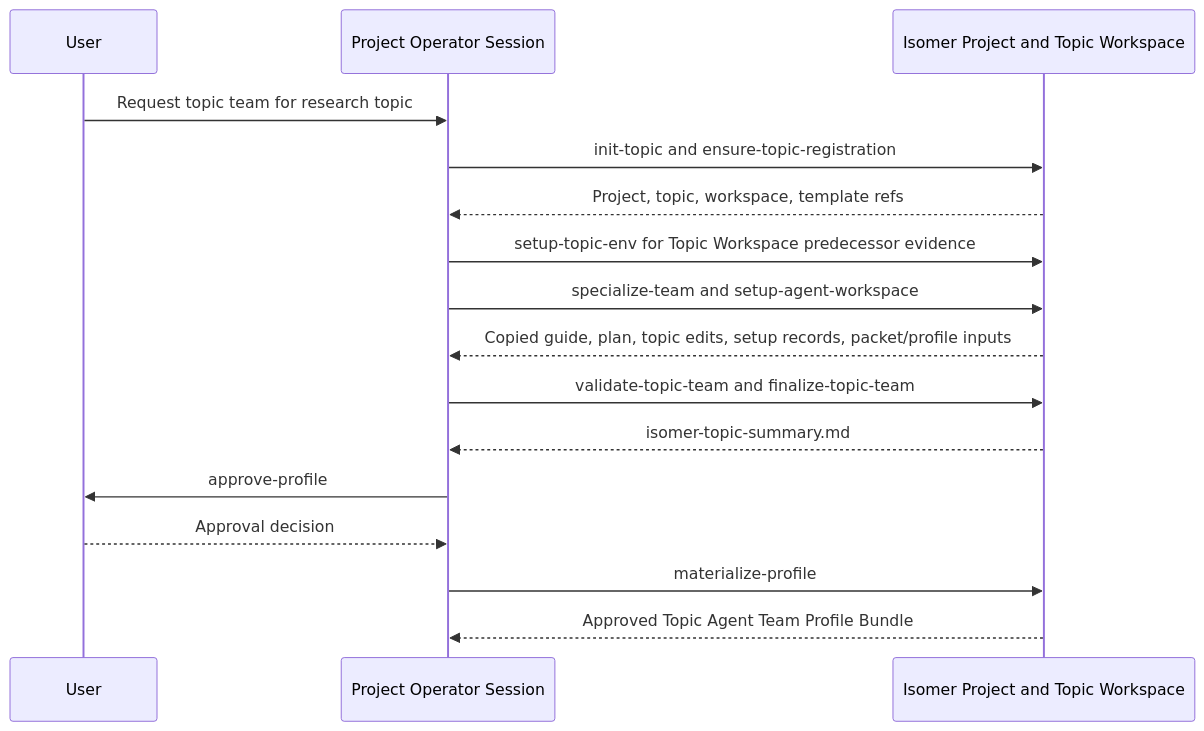
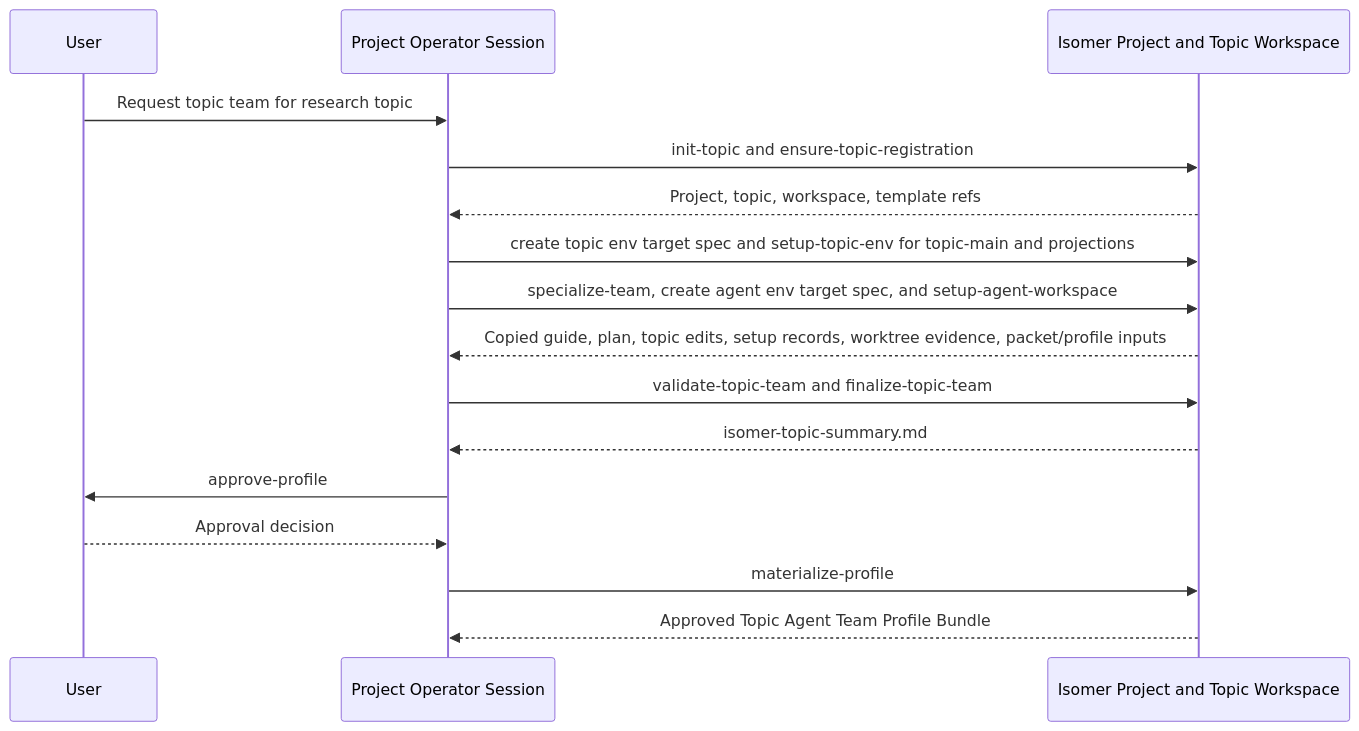
Before and after one commit to CodeGandee/isomer-labs: the first of 2 diagrams in skillset/operator/README.md, drawn with Mermaid. The commit also changed other lines of this file and 79 other files, not shown here.

Commit message:
feat: revise topic main workspace design

````diff
--- a/skillset/operator/README.md
+++ b/skillset/operator/README.md
@@ -41,19 +41,19 @@
 ```mermaid
 sequenceDiagram
     participant User
     participant Operator as Project Operator Session
     participant Store as Isomer Project and Topic Workspace
 
     User->>Operator: Request topic team for research topic
     Operator->>Store: init-topic and ensure-topic-registration
     Store-->>Operator: Project, topic, workspace, template refs
-    Operator->>Store: setup-topic-env for Topic Workspace predecessor evidence
-    Operator->>Store: specialize-team and setup-agent-workspace
-    Store-->>Operator: Copied guide, plan, topic edits, setup records, packet/profile inputs
+    Operator->>Store: create topic env target spec and setup-topic-env for topic-main and projections
+    Operator->>Store: specialize-team, create agent env target spec, and setup-agent-workspace
+    Store-->>Operator: Copied guide, plan, topic edits, setup records, worktree evidence, packet/profile inputs
     Operator->>Store: validate-topic-team and finalize-topic-team
     Store-->>Operator: isomer-topic-summary.md
     Operator->>User: approve-profile
     User-->>Operator: Approval decision
     Operator->>Store: materialize-profile
     Store-->>Operator: Approved Topic Agent Team Profile Bundle
 ```
````
